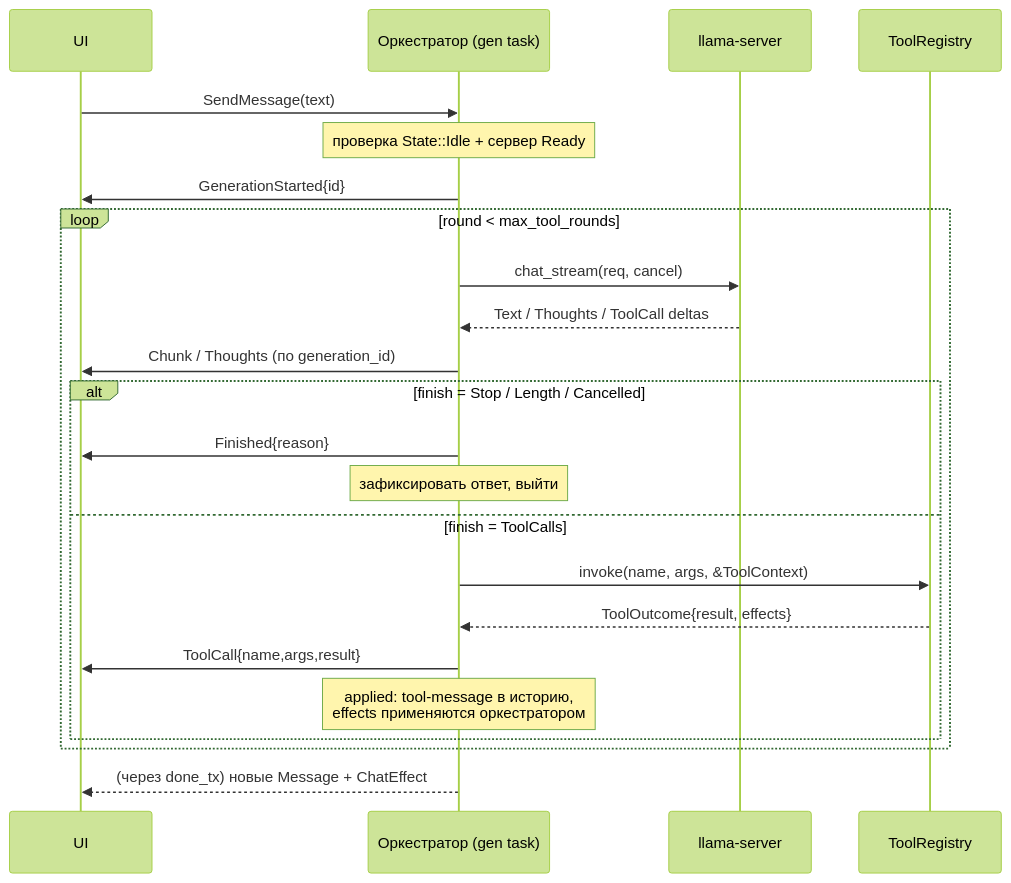
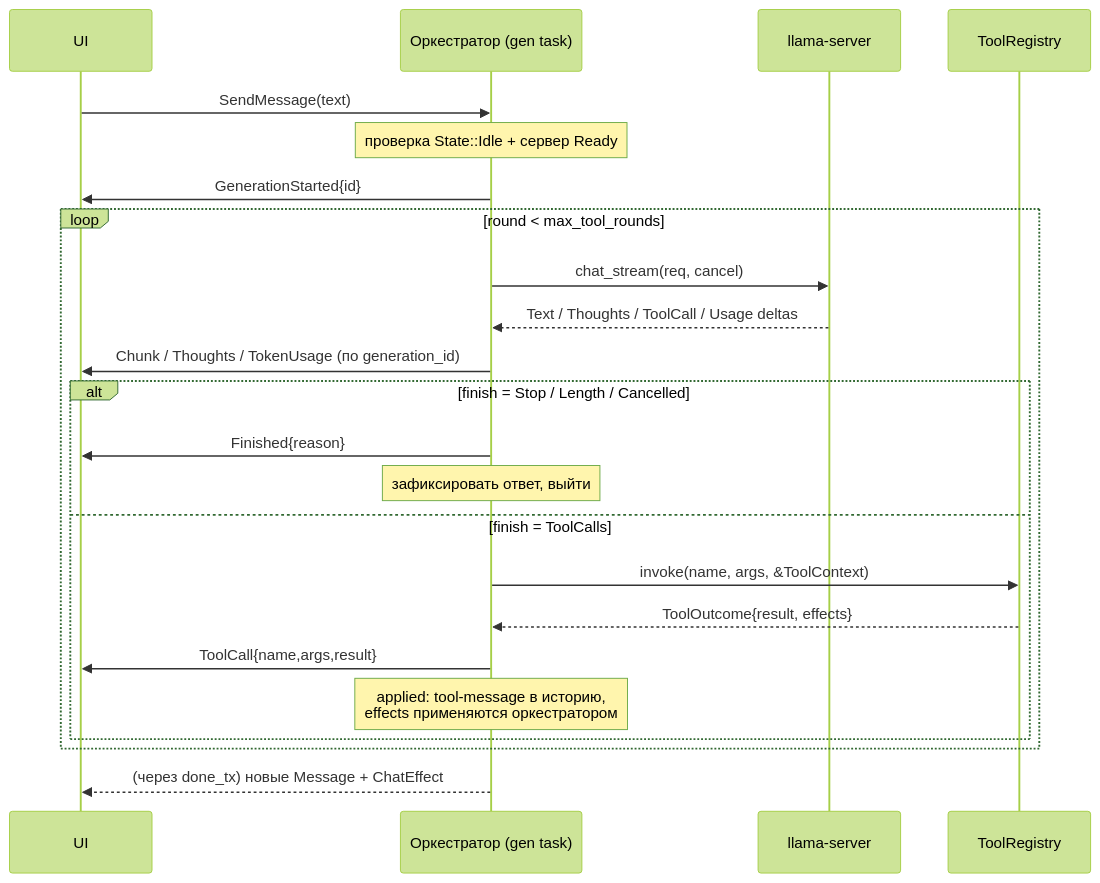
One commit to vshylov/mindfork-rs changed the fifth of 12 diagrams in docs/architecture.md. Above: the diagram before and after it, drawn with Mermaid (forest theme). The commit also changed other lines of this file and 17 other files, not shown here.

````diff
--- a/docs/architecture.md
+++ b/docs/architecture.md
@@ -301,26 +309,26 @@
 ```mermaid
 sequenceDiagram
     participant UI
     participant ORCH as Оркестратор (gen task)
     participant LLM as llama-server
     participant REG as ToolRegistry
 
     UI->>ORCH: SendMessage(text)
     Note over ORCH: проверка State::Idle + сервер Ready
     ORCH->>UI: GenerationStarted{id}
     loop round < max_tool_rounds
         ORCH->>LLM: chat_stream(req, cancel)
-        LLM-->>ORCH: Text / Thoughts / ToolCall deltas
-        ORCH->>UI: Chunk / Thoughts (по generation_id)
+        LLM-->>ORCH: Text / Thoughts / ToolCall / Usage deltas
+        ORCH->>UI: Chunk / Thoughts / TokenUsage (по generation_id)
         alt finish = Stop / Length / Cancelled
             ORCH->>UI: Finished{reason}
             Note over ORCH: зафиксировать ответ, выйти
         else finish = ToolCalls
             ORCH->>REG: invoke(name, args, &ToolContext)
             REG-->>ORCH: ToolOutcome{result, effects}
             ORCH->>UI: ToolCall{name,args,result}
             Note over ORCH: applied: tool-message в историю,<br/>effects применяются оркестратором
         end
     end
     ORCH-->>UI: (через done_tx) новые Message + ChatEffect
 ```
````
